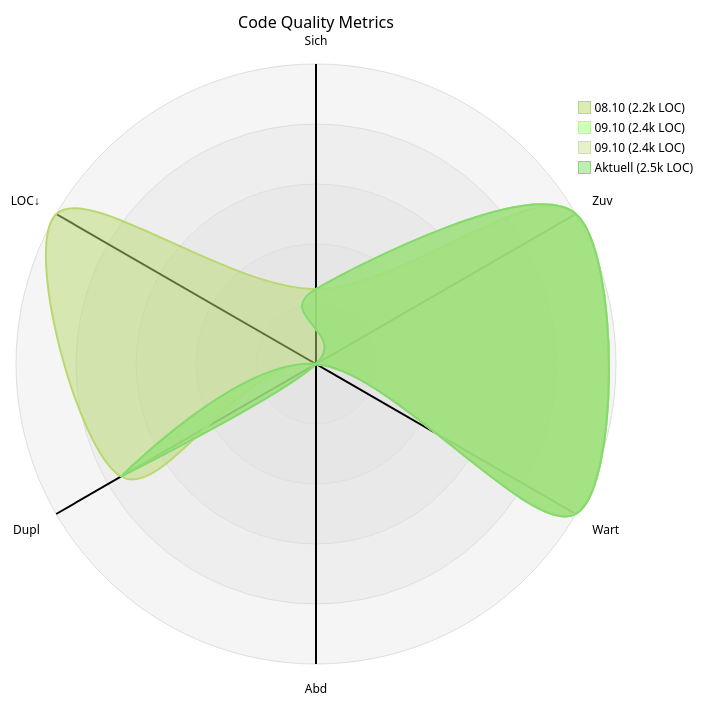
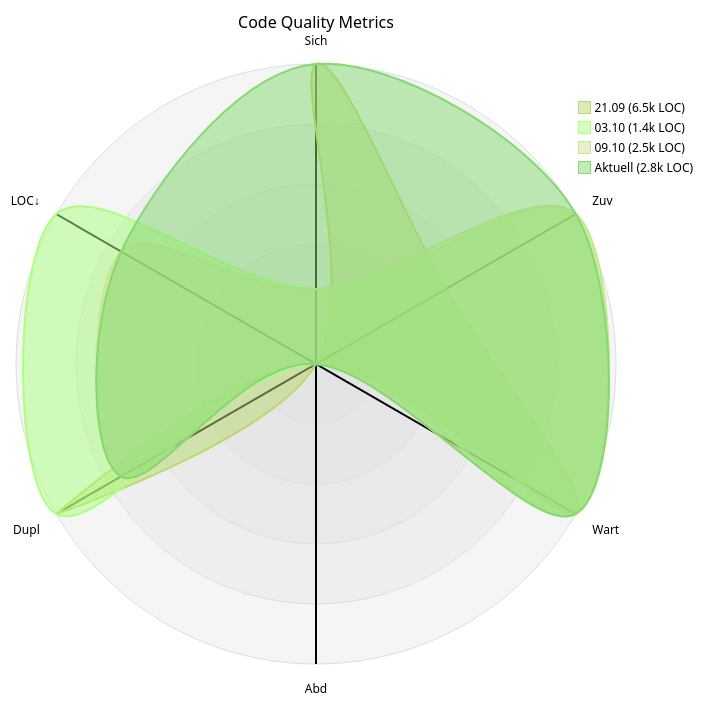
Before and after one commit to merlinbecker/CodexMiroir: the diagram in codequality/report.md, drawn with Mermaid (forest theme). The commit also changed other lines of this file, not shown here.

````diff
--- a/codequality/report.md
+++ b/codequality/report.md
@@ -5,13 +5,13 @@
 ```mermaid
 ---
 title: "Code Quality Metrics"
 ---
 radar-beta
   axis s["Sich"], r["Zuv"], m["Wart"], c["Abd"], d["Dupl"], l["LOC↓"]
-  curve p_08_10_2_2k_LOC_["08.10 (2.2k LOC)"]{2, 5, 5, 0, 4, 5}
-  curve p_09_10_2_4k_LOC_["09.10 (2.4k LOC)"]{2, 5, 5, 0, 4, 1}
-  curve p_09_10_2_4k_LOC_["09.10 (2.4k LOC)"]{2, 5, 5, 0, 4, 1}
-  curve p_Aktuell_2_5k_LOC_["Aktuell (2.5k LOC)"]{2, 5, 5, 0, 4, 1}
+  curve p_21_09_6_5k_LOC_["21.09 (6.5k LOC)"]{5, 3, 5, 0, 5, 1}
+  curve p_03_10_1_4k_LOC_["03.10 (1.4k LOC)"]{2, 5, 5, 0, 5, 5}
+  curve p_09_10_2_5k_LOC_["09.10 (2.5k LOC)"]{2, 5, 5, 0, 4, 4}
+  curve p_Aktuell_2_8k_LOC_["Aktuell (2.8k LOC)"]{5, 5, 5, 1, 4, 4}
   max 5
   min 1
 ```
````
